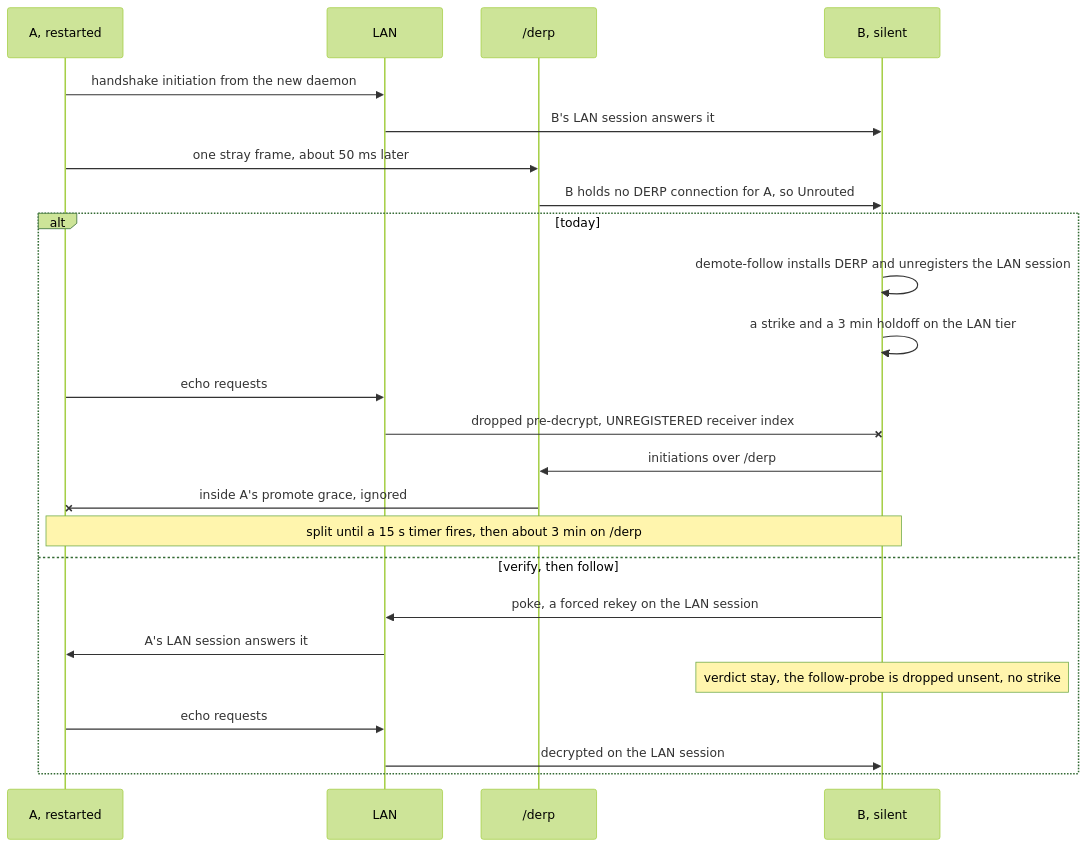
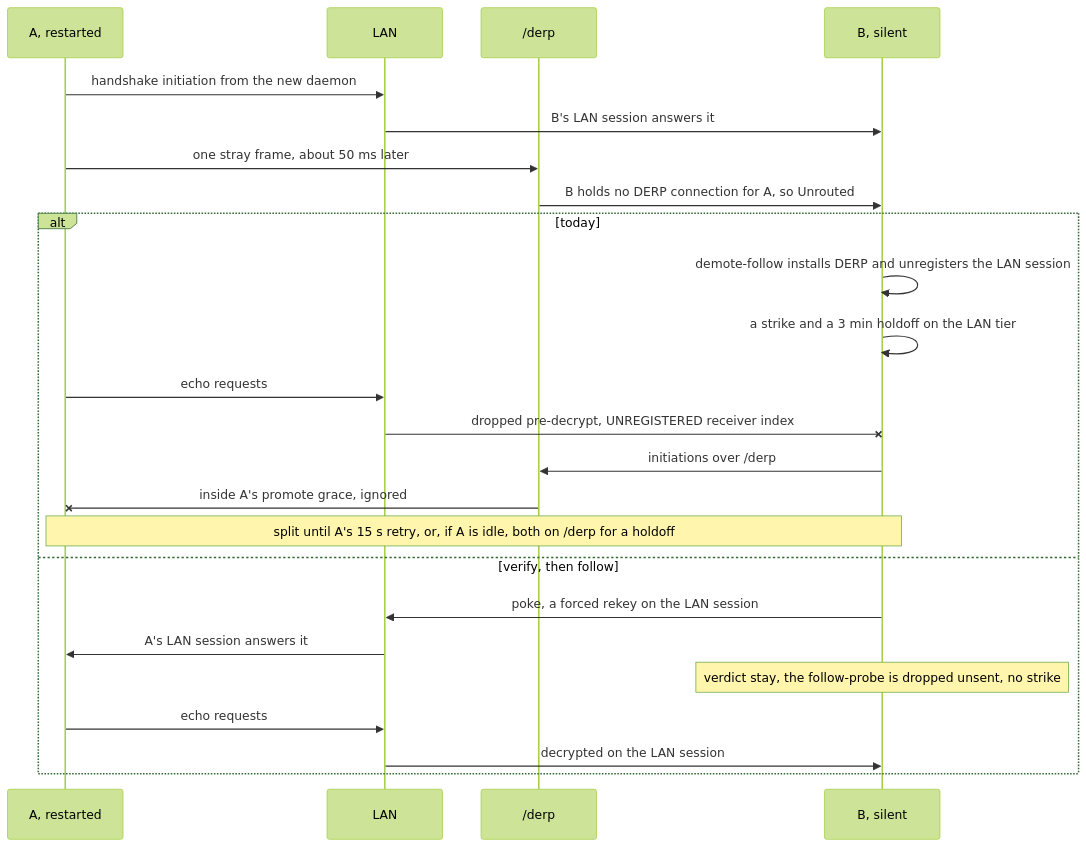
One commit to gjovanov/roomler-ai changed the second of 2 diagrams in docs/fr/FR-139-carrier-transitions-make-before-break.md. Above: the diagram before and after it, drawn with Mermaid (forest theme). The commit also changed other lines of this file and 1 other file, not shown here.

````diff
--- a/docs/fr/FR-139-carrier-transitions-make-before-break.md
+++ b/docs/fr/FR-139-carrier-transitions-make-before-break.md
@@ -300,26 +336,26 @@
 ```mermaid
 sequenceDiagram
     participant A as A, restarted
     participant L as LAN
     participant D as /derp
     participant B as B, silent
     A->>L: handshake initiation from the new daemon
     L->>B: B's LAN session answers it
     A->>D: one stray frame, about 50 ms later
     D->>B: B holds no DERP connection for A, so Unrouted
     alt today
         B->>B: demote-follow installs DERP and unregisters the LAN session
         B->>B: a strike and a 3 min holdoff on the LAN tier
         A->>L: echo requests
         L-xB: dropped pre-decrypt, UNREGISTERED receiver index
         B->>D: initiations over /derp
         D-xA: inside A's promote grace, ignored
-        Note over A,B: split until a 15 s timer fires, then about 3 min on /derp
+        Note over A,B: split until A's 15 s retry, or, if A is idle, both on /derp for a holdoff
     else verify, then follow
         B->>L: poke, a forced rekey on the LAN session
         L->>A: A's LAN session answers it
         Note over B: verdict stay, the follow-probe is dropped unsent, no strike
         A->>L: echo requests
         L->>B: decrypted on the LAN session
     end
 ```
````
